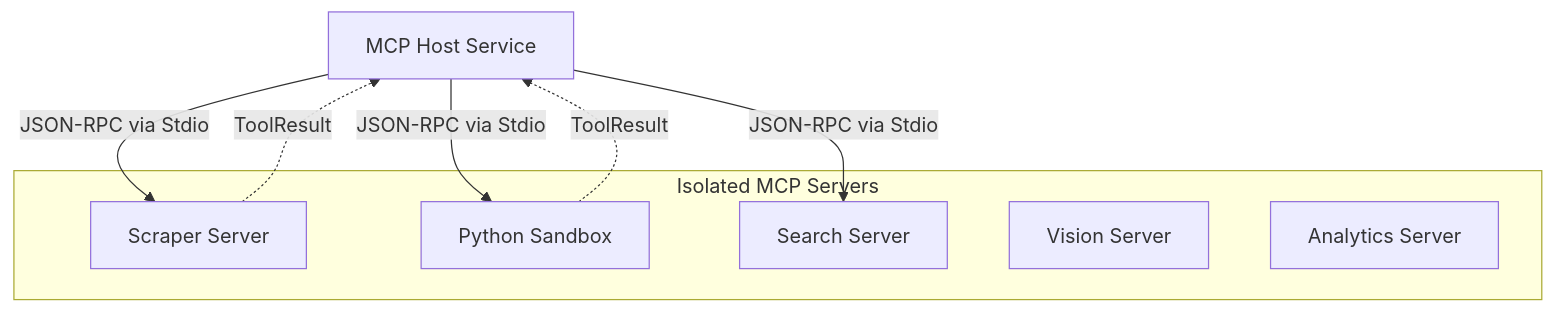
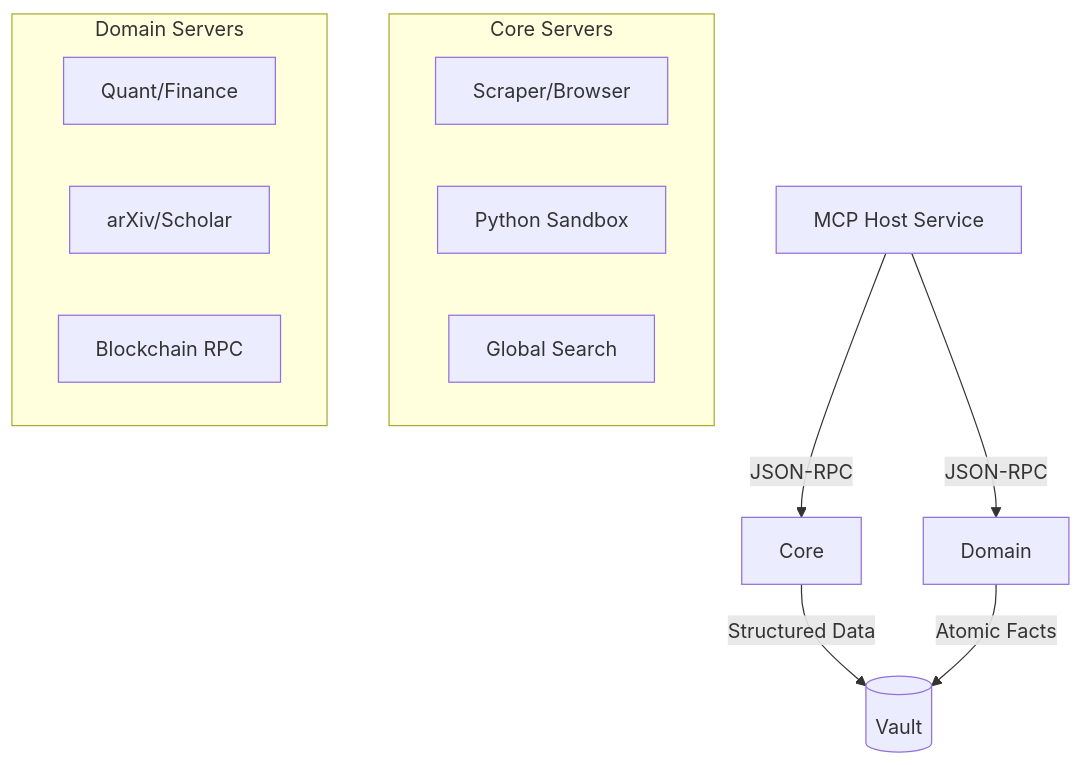
The diagram in mcp_servers/README.md (azzindani/Kea), drawn with Mermaid before and after one commit. The commit also changed other lines of this file and 13 other files, not shown here.

````diff
--- a/mcp_servers/README.md
+++ b/mcp_servers/README.md
@@ -11,19 +22,22 @@
 ```mermaid
 graph TD
     Host[MCP Host Service]
     
-    subgraph Tool Layer [Isolated MCP Servers]
-        Scraper[Scraper Server]
+    subgraph "Core Servers"
+        Scraper[Scraper/Browser]
         Python[Python Sandbox]
-        Search[Search Server]
-        Vision[Vision Server]
-        Analytics[Analytics Server]
+        Search[Global Search]
     end
     
-    Host -->|JSON-RPC via Stdio| Scraper
-    Host -->|JSON-RPC via Stdio| Python
-    Host -->|JSON-RPC via Stdio| Search
+    subgraph "Domain Servers"
+        Quant[Quant/Finance]
+        Academic[arXiv/Scholar]
+        Web3[Blockchain RPC]
+    end
     
-    Scraper -.->|ToolResult| Host
-    Python -.->|ToolResult| Host
+    Host -->|JSON-RPC| Core
+    Host -->|JSON-RPC| Domain
+    
+    Core -->|Structured Data| Vault[(Vault)]
+    Domain -->|Atomic Facts| Vault
 ```
````
